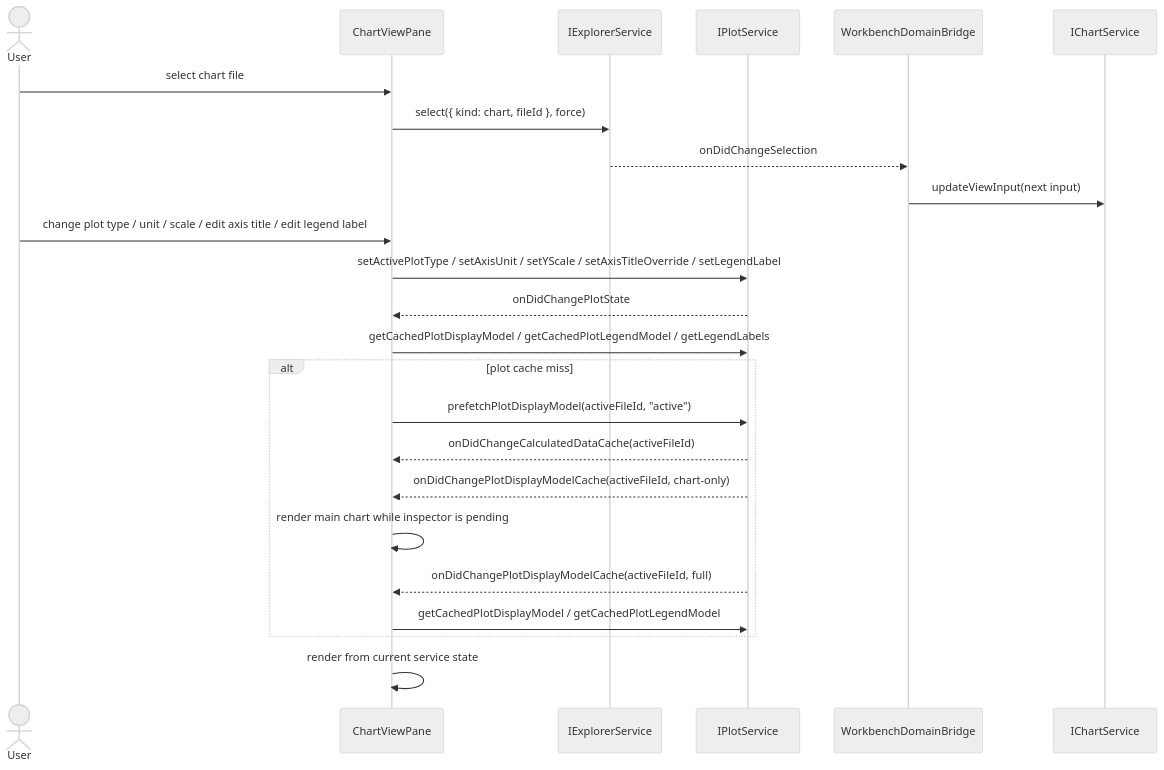
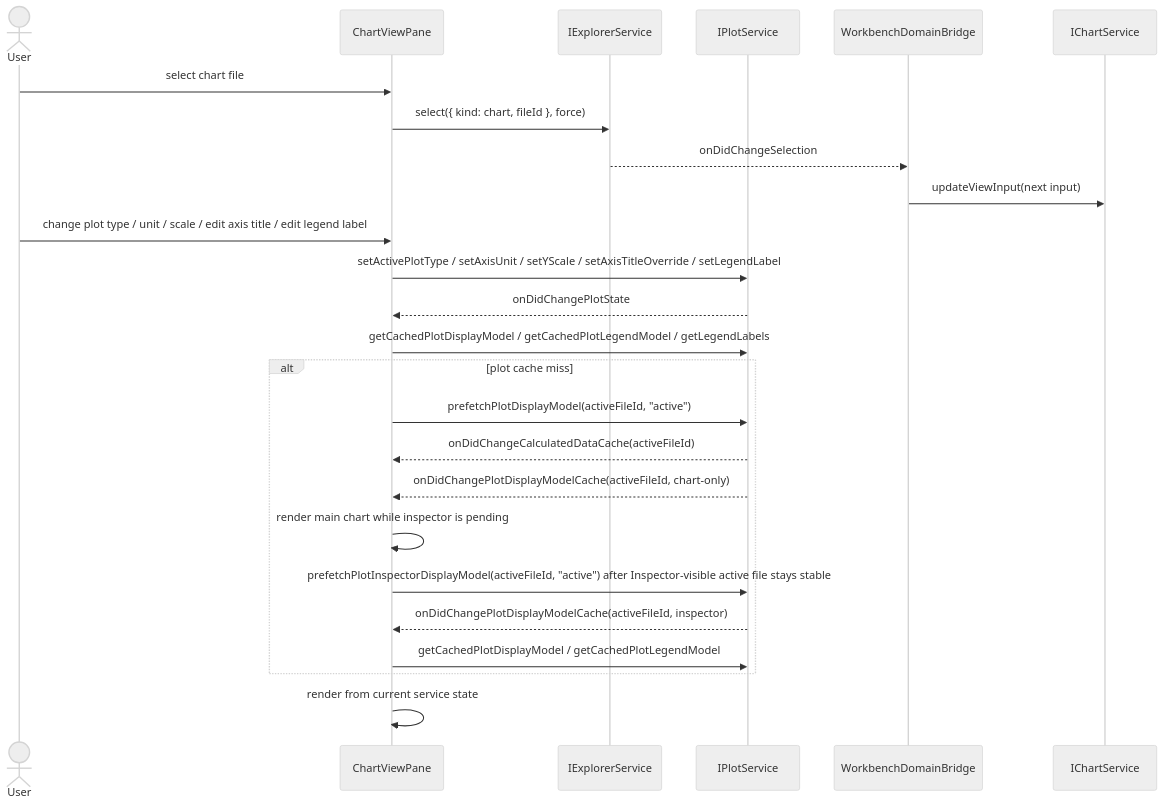
One commit to chogng/conductor changed the second of 3 diagrams in .github/instructions/chart.instructions.md. Above: the diagram before and after it, drawn with Mermaid (neutral theme). The commit also changed other lines of this file and 9 other files, not shown here.

Commit message:
Split inspector plot prefetch from chart display model

````diff
--- a/.github/instructions/chart.instructions.md
+++ b/.github/instructions/chart.instructions.md
@@ -109,27 +109,28 @@
 ```mermaid
 sequenceDiagram
     actor User
     participant ChartViewPane
     participant ExplorerService as IExplorerService
     participant PlotService as IPlotService
     participant DomainBridge as WorkbenchDomainBridge
     participant ChartService as IChartService
 
     User->>ChartViewPane: select chart file
     ChartViewPane->>ExplorerService: select({ kind: chart, fileId }, force)
     ExplorerService-->>DomainBridge: onDidChangeSelection
     DomainBridge->>ChartService: updateViewInput(next input)
     User->>ChartViewPane: change plot type / unit / scale / edit axis title / edit legend label
     ChartViewPane->>PlotService: setActivePlotType / setAxisUnit / setYScale / setAxisTitleOverride / setLegendLabel
     PlotService-->>ChartViewPane: onDidChangePlotState
     ChartViewPane->>PlotService: getCachedPlotDisplayModel / getCachedPlotLegendModel / getLegendLabels
     alt plot cache miss
         ChartViewPane->>PlotService: prefetchPlotDisplayModel(activeFileId, "active")
         PlotService-->>ChartViewPane: onDidChangeCalculatedDataCache(activeFileId)
         PlotService-->>ChartViewPane: onDidChangePlotDisplayModelCache(activeFileId, chart-only)
         ChartViewPane->>ChartViewPane: render main chart while inspector is pending
-        PlotService-->>ChartViewPane: onDidChangePlotDisplayModelCache(activeFileId, full)
+        ChartViewPane->>PlotService: prefetchPlotInspectorDisplayModel(activeFileId, "active") after Inspector-visible active file stays stable
+        PlotService-->>ChartViewPane: onDidChangePlotDisplayModelCache(activeFileId, inspector)
         ChartViewPane->>PlotService: getCachedPlotDisplayModel / getCachedPlotLegendModel
     end
     ChartViewPane->>ChartViewPane: render from current service state
 ```
````
